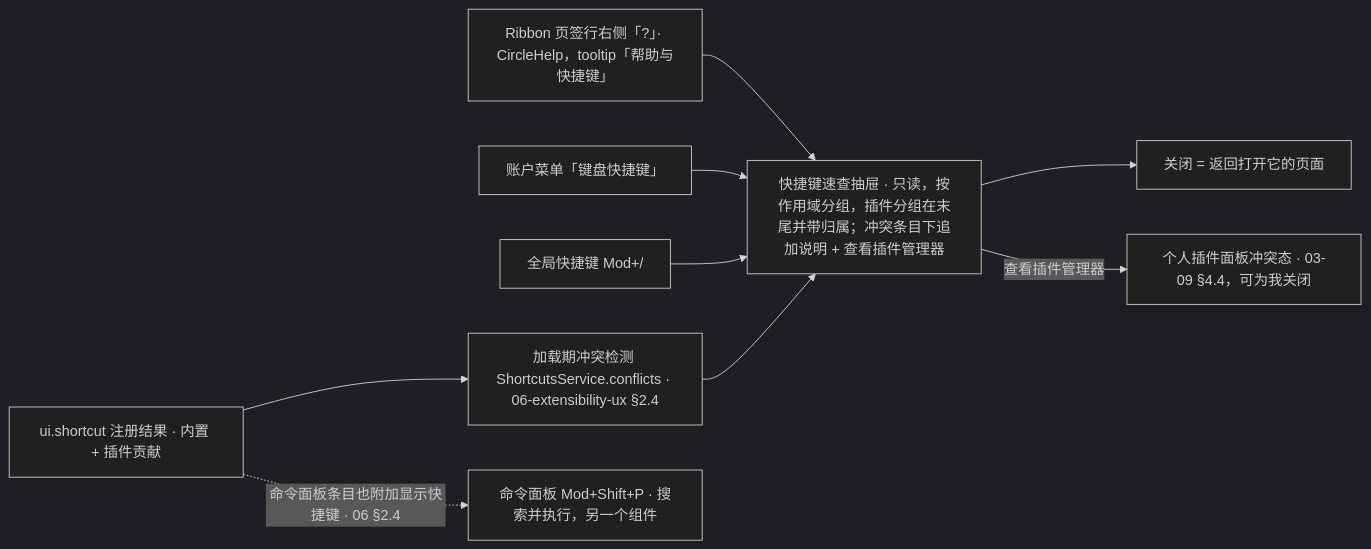
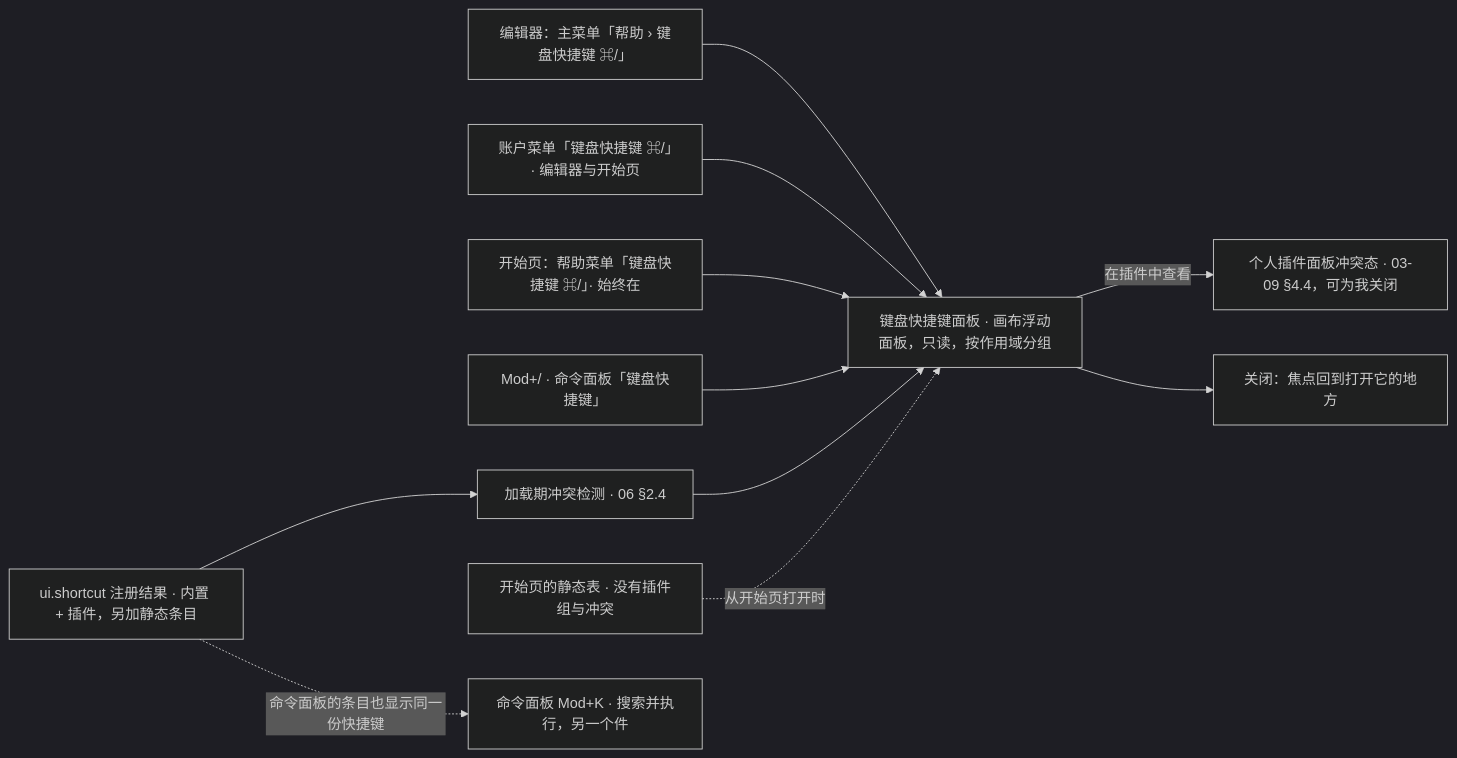
The diagram in docs/20-design/03-screens/24-keyboard-shortcuts-panel.md (Xeonice/cordis-ppt-editor), drawn with Mermaid (dark theme) before and after one commit. The commit also changed other lines of this file and 44 other files, not shown here.

````diff
--- a/docs/20-design/03-screens/24-keyboard-shortcuts-panel.md
+++ b/docs/20-design/03-screens/24-keyboard-shortcuts-panel.md
@@ -85,19 +92,23 @@
 ```mermaid
 flowchart LR
-  e1["Ribbon 页签行右侧「?」· CircleHelp，tooltip「帮助与快捷键」"]
-  e2["账户菜单「键盘快捷键」"]
-  e3["全局快捷键 Mod+/"]
-  reg["ui.shortcut 注册结果 · 内置 + 插件贡献"]
-  chk["加载期冲突检测 ShortcutsService.conflicts · 06-extensibility-ux §2.4"]
-  panel["快捷键速查抽屉 · 只读，按作用域分组，插件分组在末尾并带归属；冲突条目下追加说明 + 查看插件管理器"]
+  e1["编辑器：主菜单「帮助 › 键盘快捷键 ⌘/」"]
+  e2["账户菜单「键盘快捷键 ⌘/」· 编辑器与开始页"]
+  e3["开始页：帮助菜单「键盘快捷键 ⌘/」· 始终在"]
+  e4["Mod+/ · 命令面板「键盘快捷键」"]
+  reg["ui.shortcut 注册结果 · 内置 + 插件，另加静态条目"]
+  chk["加载期冲突检测 · 06 §2.4"]
+  stat["开始页的静态表 · 没有插件组与冲突"]
+  panel["键盘快捷键面板 · 画布浮动面板，只读，按作用域分组"]
   plug["个人插件面板冲突态 · 03-09 §4.4，可为我关闭"]
-  back["关闭 = 返回打开它的页面"]
-  palette["命令面板 Mod+Shift+P · 搜索并执行，另一个组件"]
+  back["关闭：焦点回到打开它的地方"]
+  pal["命令面板 Mod+K · 搜索并执行，另一个件"]
   e1 --> panel
   e2 --> panel
   e3 --> panel
+  e4 --> panel
   reg --> chk --> panel
+  stat -.->|"从开始页打开时"| panel
+  panel -->|"在插件中查看"| plug
   panel --> back
-  panel -->|"查看插件管理器"| plug
-  reg -.->|"命令面板条目也附加显示快捷键 · 06 §2.4"| palette
+  reg -.->|"命令面板的条目也显示同一份快捷键"| pal
 ```
````
